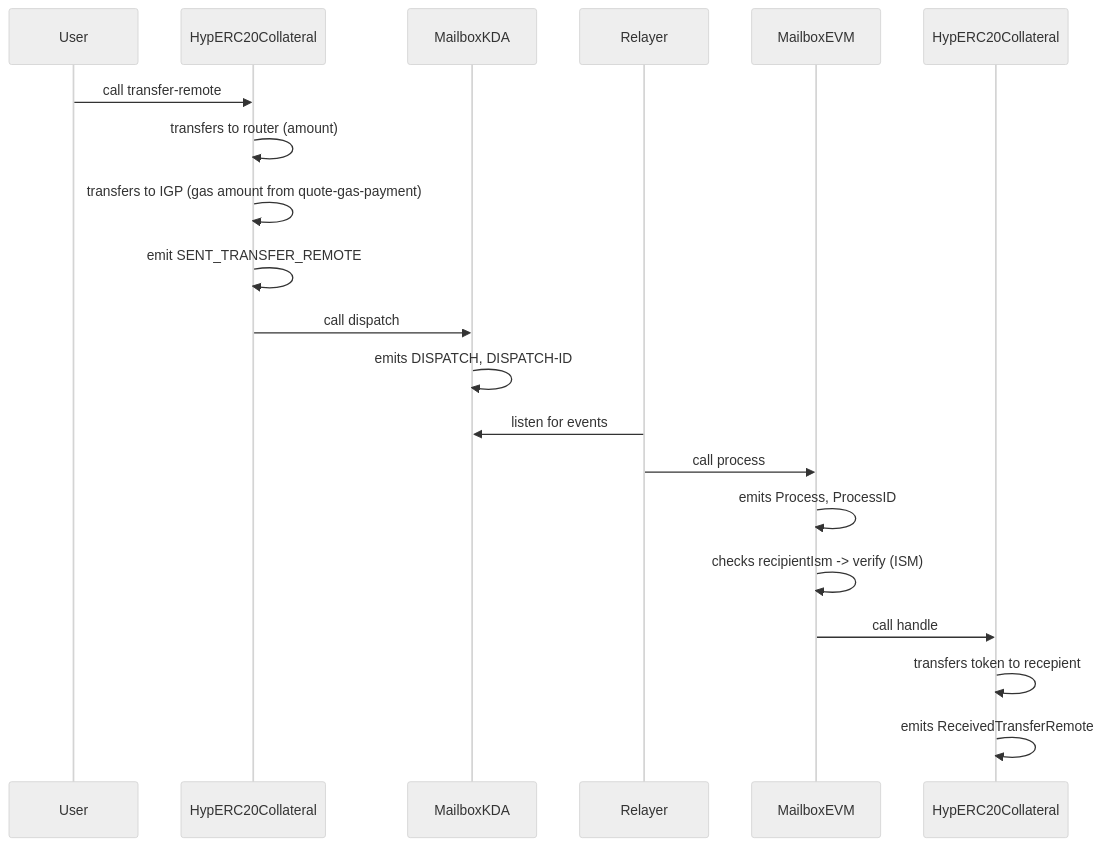
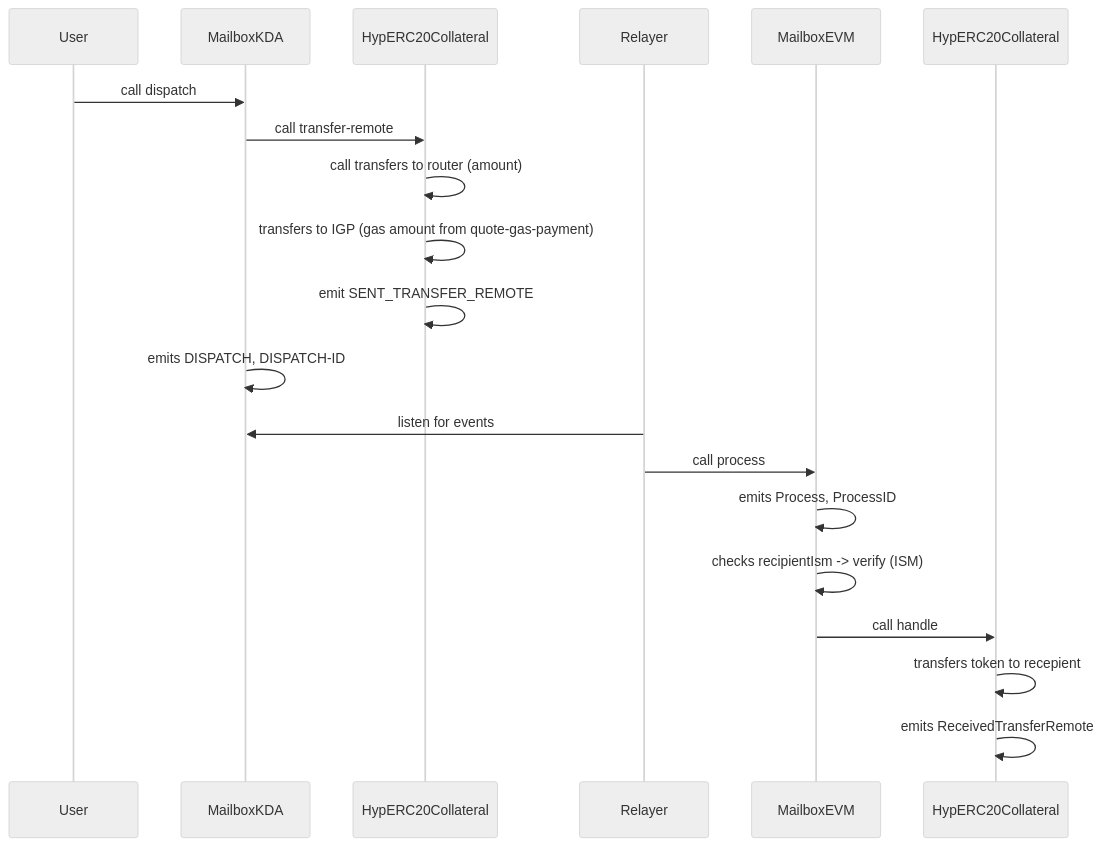
Before and after one commit to RastkoDev/smart-contracts: the eighth of 8 diagrams in docs/bridge-flow.md, drawn with Mermaid (neutral theme). The commit also changed other lines of this file, not shown here.

````diff
--- a/docs/bridge-flow.md
+++ b/docs/bridge-flow.md
@@ -200,24 +201,24 @@
 ```mermaid
 sequenceDiagram
     participant User
+    participant MailboxKDA as MailboxKDA
     participant HypERC20KDA as HypERC20Collateral
-    participant MailboxKDA as MailboxKDA
     participant Relayer
     participant MailboxETH as MailboxEVM
     participant HypERC20ETH as HypERC20Collateral
 
-    User->>HypERC20KDA: call transfer-remote
-    HypERC20KDA->>HypERC20KDA: transfers to router (amount)
+    User->>MailboxKDA: call dispatch
+    MailboxKDA->>HypERC20KDA: call transfer-remote
+    HypERC20KDA->>HypERC20KDA: call transfers to router (amount)
     HypERC20KDA->>HypERC20KDA: transfers to IGP (gas amount from quote-gas-payment)
     HypERC20KDA->>HypERC20KDA: emit SENT_TRANSFER_REMOTE
 
-    HypERC20KDA->>MailboxKDA: call dispatch
     MailboxKDA->>MailboxKDA: emits DISPATCH, DISPATCH-ID
     Relayer->>MailboxKDA: listen for events
     Relayer->>MailboxETH: call process
     MailboxETH->>MailboxETH: emits Process, ProcessID
     MailboxETH->>MailboxETH: checks recipientIsm -> verify (ISM)
     MailboxETH->>HypERC20ETH: call handle
     HypERC20ETH->>HypERC20ETH: transfers token to recepient
     HypERC20ETH->>HypERC20ETH: emits ReceivedTransferRemote
 ```
````
